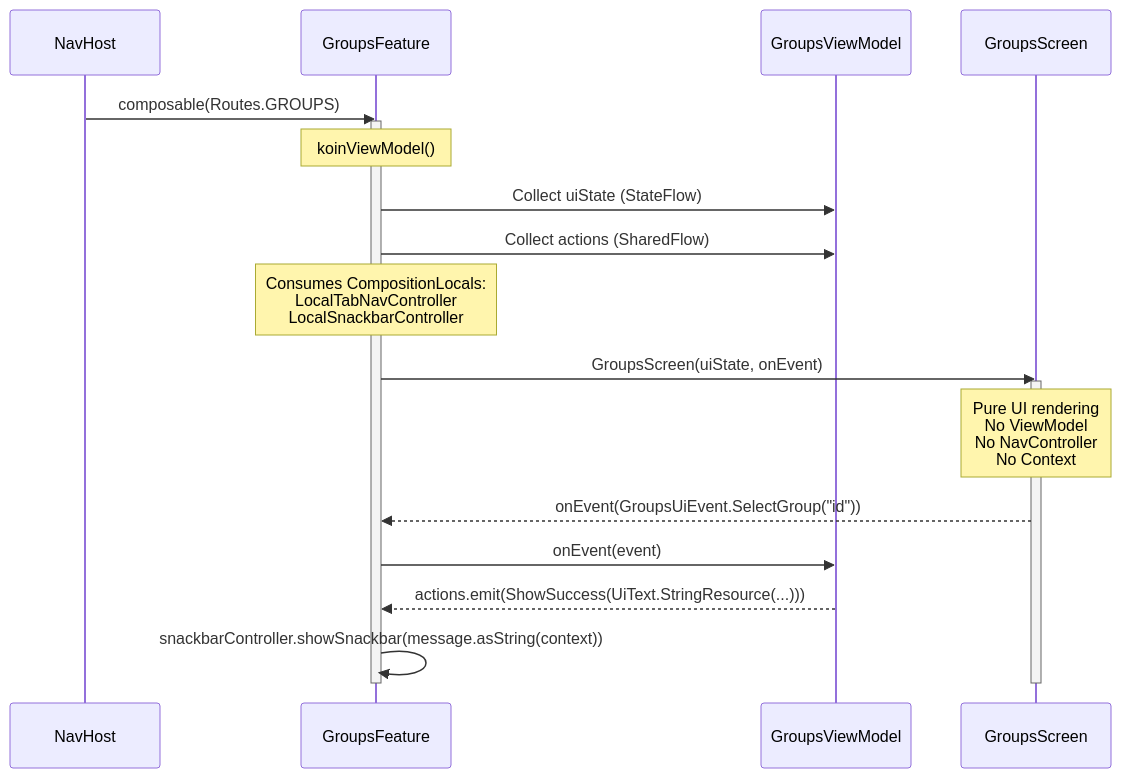
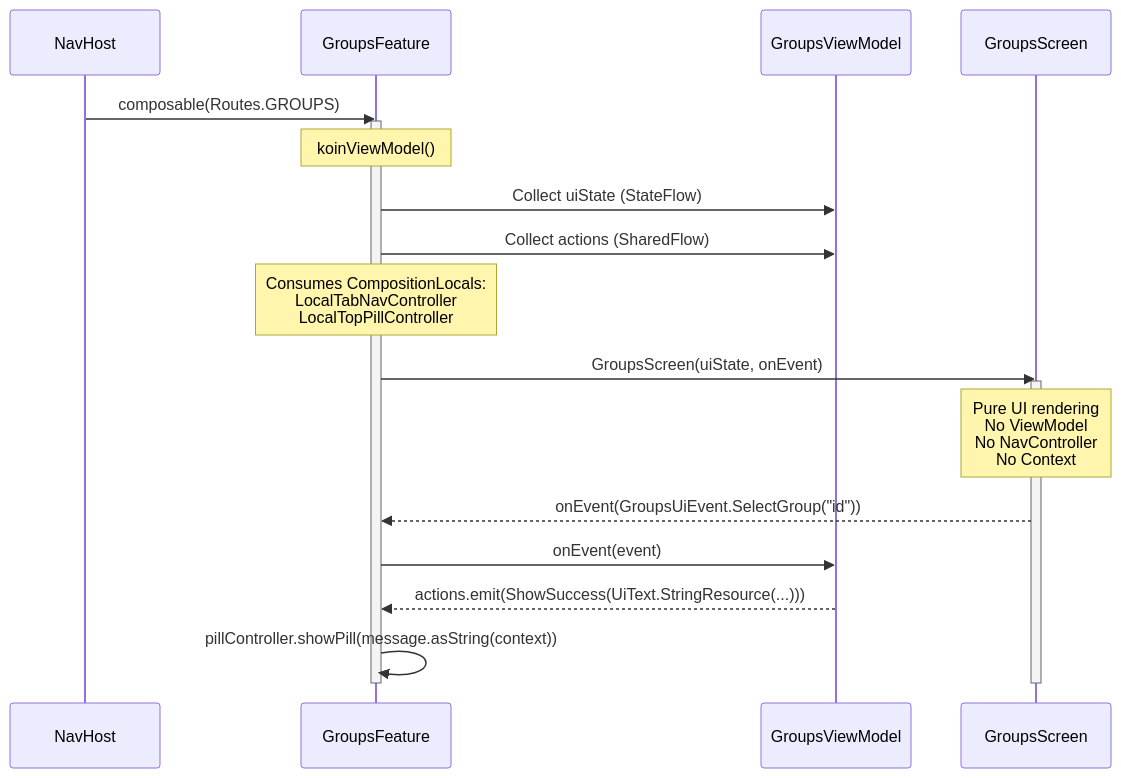
The tenth of 27 diagrams in wiki/architecture-diagrams.md (pedrazamiguez/expense-share-app), drawn with Mermaid before and after one commit. The commit also changed other lines of this file and 46 other files, not shown here.

````diff
--- a/wiki/architecture-diagrams.md
+++ b/wiki/architecture-diagrams.md
@@ -454,30 +454,30 @@
 ```mermaid
 sequenceDiagram
     participant Nav as NavHost
     participant Feat as GroupsFeature
     participant VM as GroupsViewModel
     participant Scr as GroupsScreen
 
     Nav->>Feat: composable(Routes.GROUPS)
     activate Feat
 
     Note over Feat: koinViewModel()
     Feat->>VM: Collect uiState (StateFlow)
     Feat->>VM: Collect actions (SharedFlow)
 
-    Note over Feat: Consumes CompositionLocals:<br/>LocalTabNavController<br/>LocalSnackbarController
+    Note over Feat: Consumes CompositionLocals:<br/>LocalTabNavController<br/>LocalTopPillController
 
     Feat->>Scr: GroupsScreen(uiState, onEvent)
     activate Scr
 
     Note over Scr: Pure UI rendering<br/>No ViewModel<br/>No NavController<br/>No Context
 
     Scr-->>Feat: onEvent(GroupsUiEvent.SelectGroup("id"))
     Feat->>VM: onEvent(event)
 
     VM-->>Feat: actions.emit(ShowSuccess(UiText.StringResource(...)))
-    Feat->>Feat: snackbarController.showSnackbar(message.asString(context))
+    Feat->>Feat: pillController.showPill(message.asString(context))
 
     deactivate Scr
     deactivate Feat
 ```
````
